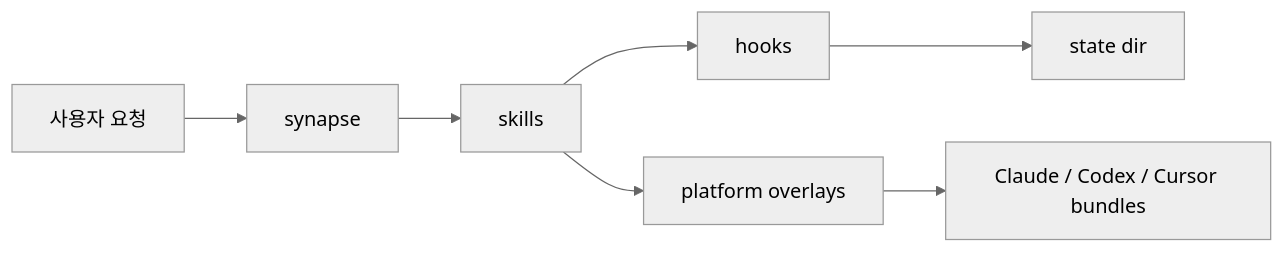
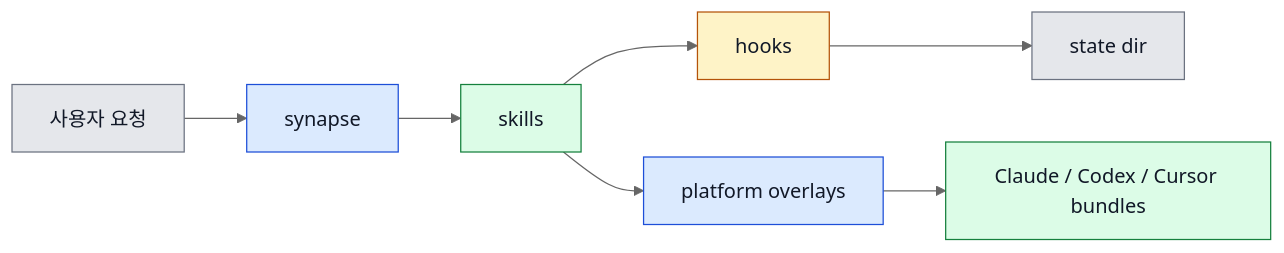
Before and after one commit to Jimmy-Jung/ai-symbiote: the diagram in docs/01-프로젝트-개요.md, drawn with Mermaid (neutral theme). The commit also changed 10 other files, not shown here.

Commit message:
docs(mermaid): 다이어그램 대비 색상 개선

````diff
--- a/docs/01-프로젝트-개요.md
+++ b/docs/01-프로젝트-개요.md
@@ -10,9 +10,17 @@
 ```mermaid
 flowchart LR
     A["사용자 요청"] --> B["synapse"]
     B --> C["skills"]
     C --> D["hooks"]
     D --> E["state dir"]
     C --> F["platform overlays"]
     F --> G["Claude / Codex / Cursor bundles"]
+
+    style A fill:#e5e7eb,stroke:#6b7280,color:#111827
+    style B fill:#dbeafe,stroke:#1d4ed8,color:#111827
+    style C fill:#dcfce7,stroke:#15803d,color:#111827
+    style D fill:#fef3c7,stroke:#b45309,color:#111827
+    style E fill:#e5e7eb,stroke:#6b7280,color:#111827
+    style F fill:#dbeafe,stroke:#1d4ed8,color:#111827
+    style G fill:#dcfce7,stroke:#15803d,color:#111827
 ```
````
